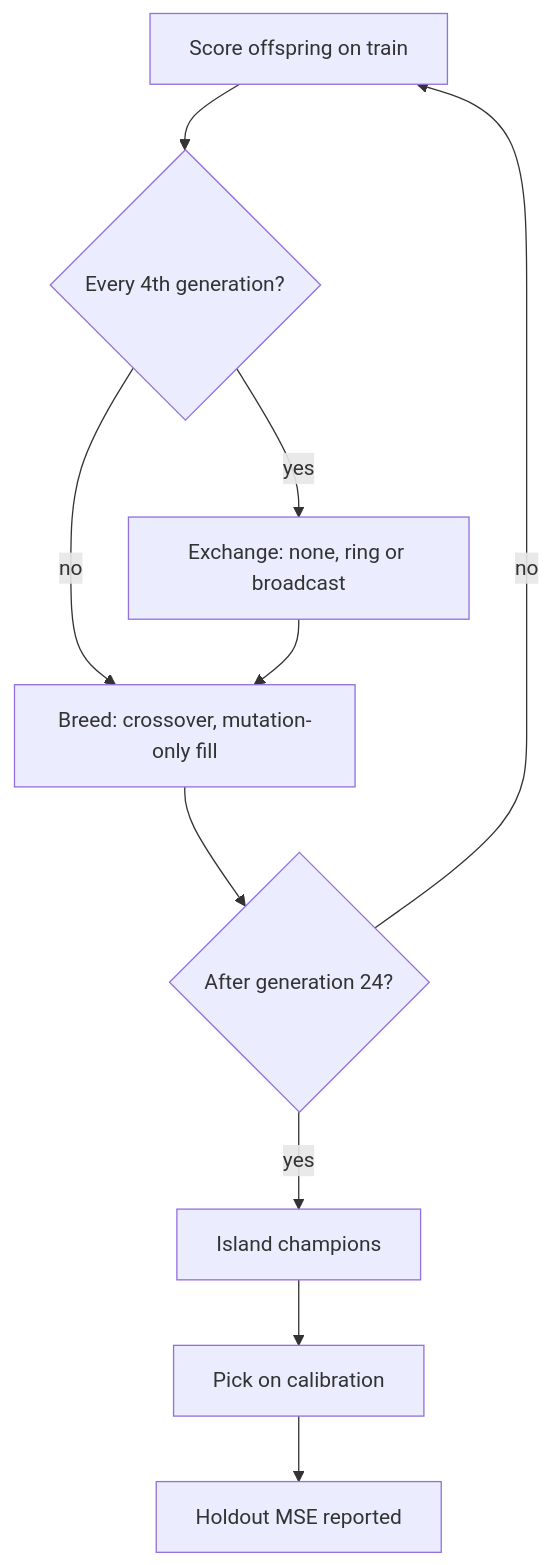
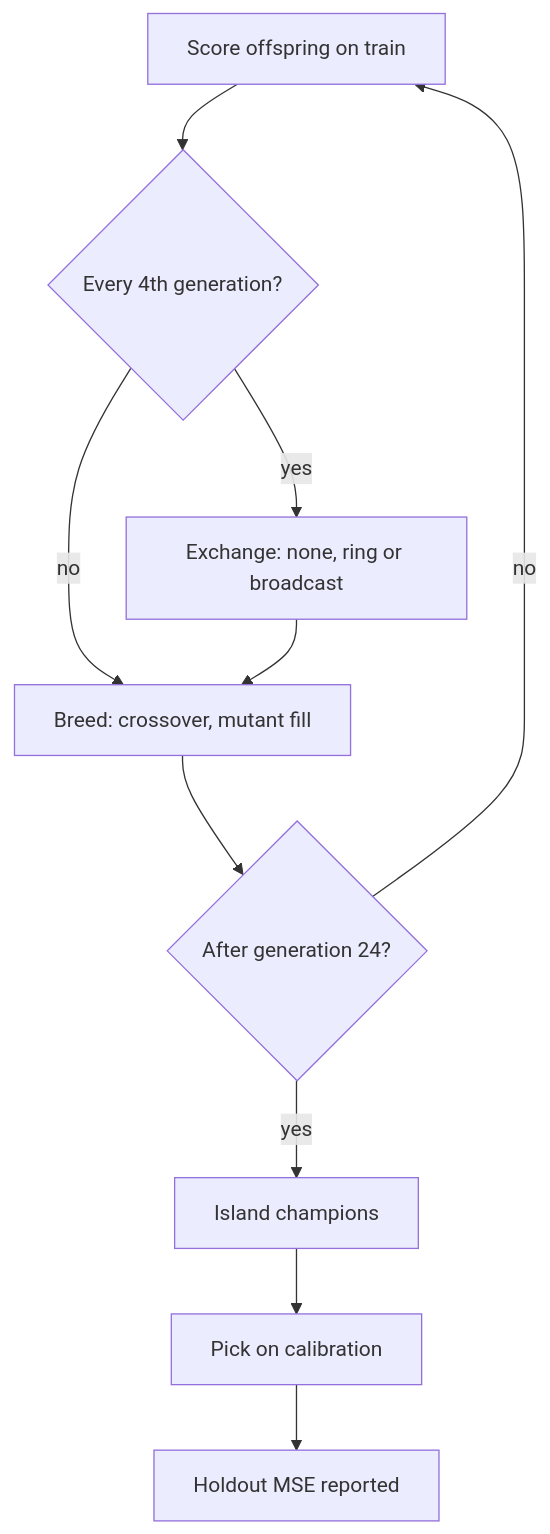
One commit to stSoftwareAU/NEAT-AI changed the diagram in docs/evidence/island-exchange-4159.md. Above: the diagram before and after it, drawn with Mermaid. The commit also changed other lines of this file and 5 other files, not shown here.

````diff
--- a/docs/evidence/island-exchange-4159.md
+++ b/docs/evidence/island-exchange-4159.md
@@ -67,12 +82,12 @@
 ```mermaid
 flowchart TD
     A["Score offspring on train"] --> B{"Every 4th generation?"}
-    B -- "no" --> E["Breed: crossover, mutation-only fill"]
+    B -- "no" --> E["Breed: crossover, mutant fill"]
     B -- "yes" --> C["Exchange: none, ring or broadcast"]
     C --> E
     E --> F{"After generation 24?"}
     F -- "no" --> A
     F -- "yes" --> G["Island champions"]
     G --> H["Pick on calibration"]
     H --> I["Holdout MSE reported"]
 ```
````
